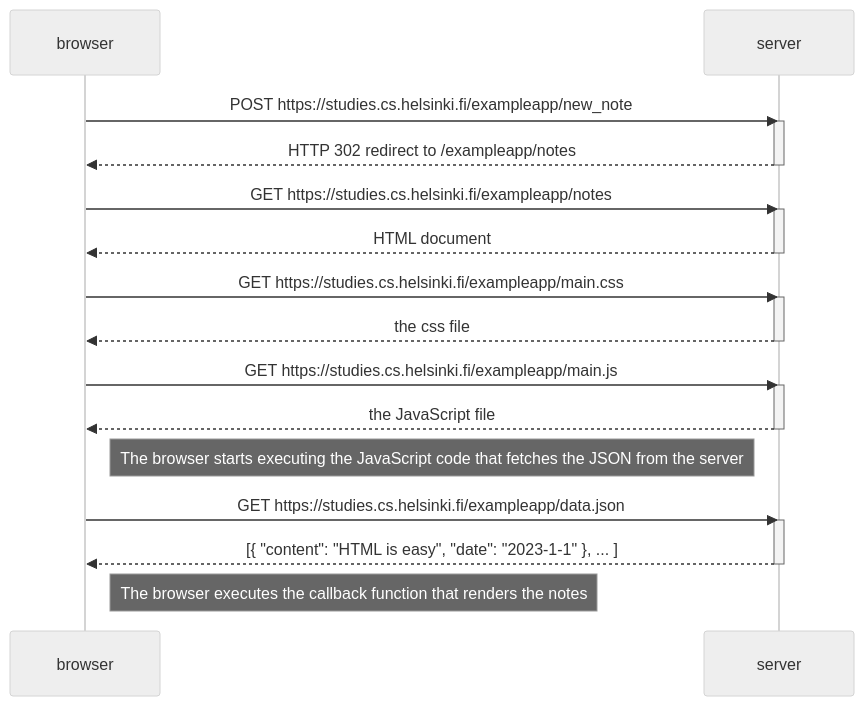
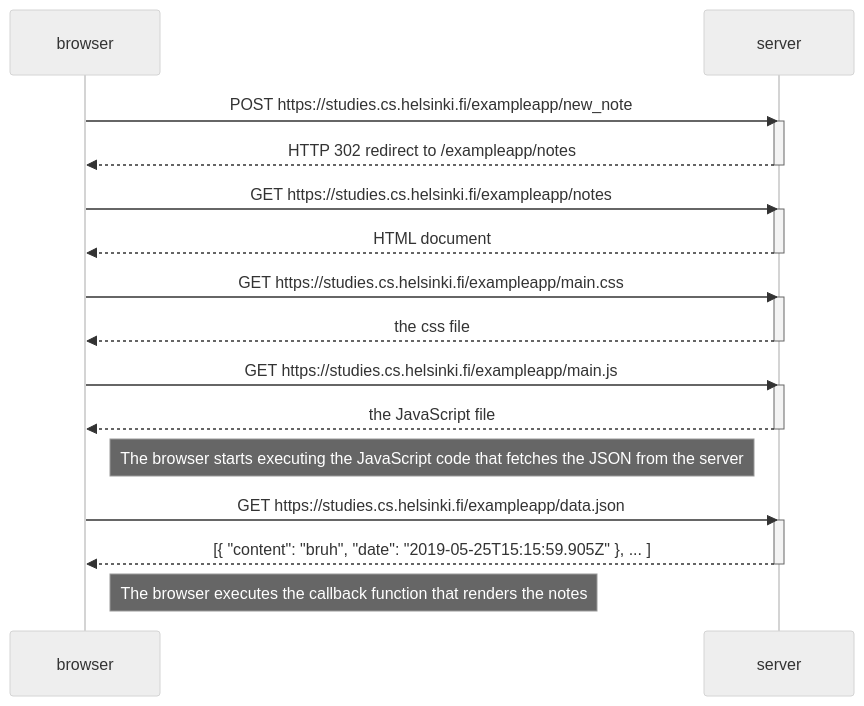
The diagram in part0/exercise-0.4.md (brianlagranda/fullstack-helsinki), drawn with Mermaid (neutral theme) before and after one commit.

````diff
--- a/part0/exercise-0.4.md
+++ b/part0/exercise-0.4.md
@@ -1,34 +1,34 @@
 ```mermaid
       sequenceDiagram
           participant browser
           participant server
 		  
 		  browser->>server: POST https://studies.cs.helsinki.fi/exampleapp/new_note
           activate server
           server-->>browser: HTTP 302 redirect to /exampleapp/notes
           deactivate server
 
           browser->>server: GET https://studies.cs.helsinki.fi/exampleapp/notes
           activate server
           server-->>browser: HTML document
           deactivate server
 
           browser->>server: GET https://studies.cs.helsinki.fi/exampleapp/main.css
           activate server
           server-->>browser: the css file
           deactivate server
 
           browser->>server: GET https://studies.cs.helsinki.fi/exampleapp/main.js
           activate server
           server-->>browser: the JavaScript file
           deactivate server
 
           Note right of browser: The browser starts executing the JavaScript code that fetches the JSON from the server
 
           browser->>server: GET https://studies.cs.helsinki.fi/exampleapp/data.json
           activate server
-          server-->>browser: [{ "content": "HTML is easy", "date": "2023-1-1" }, ... ]
+          server-->>browser: [{ "content": "bruh", "date": "2019-05-25T15:15:59.905Z" }, ... ]
           deactivate server
 
           Note right of browser: The browser executes the callback function that renders the notes
 ```
````
